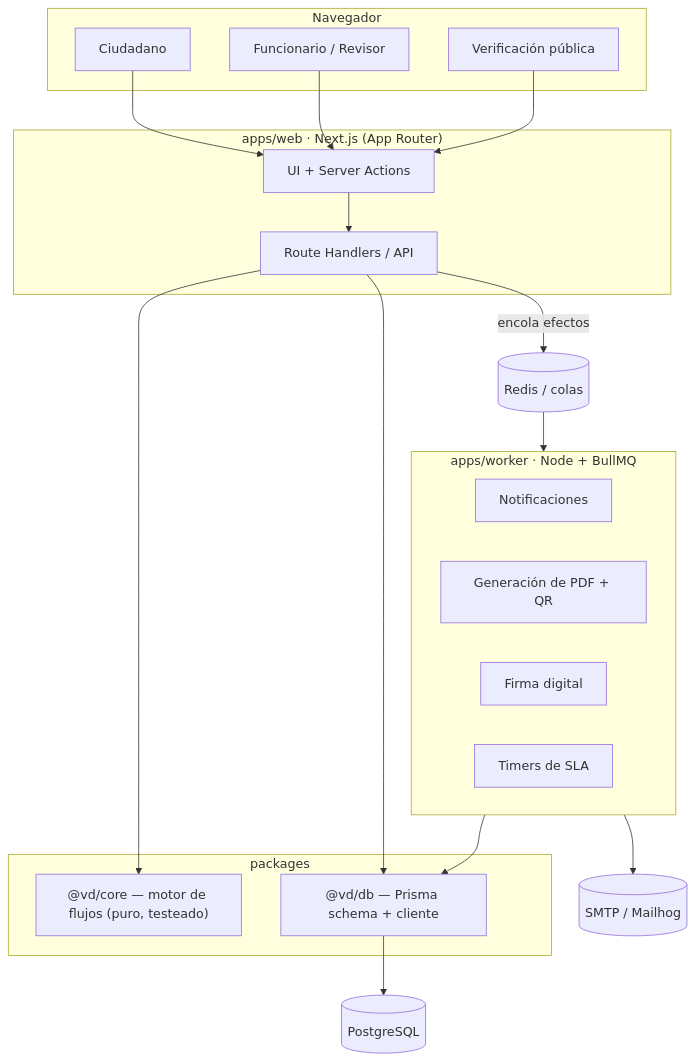
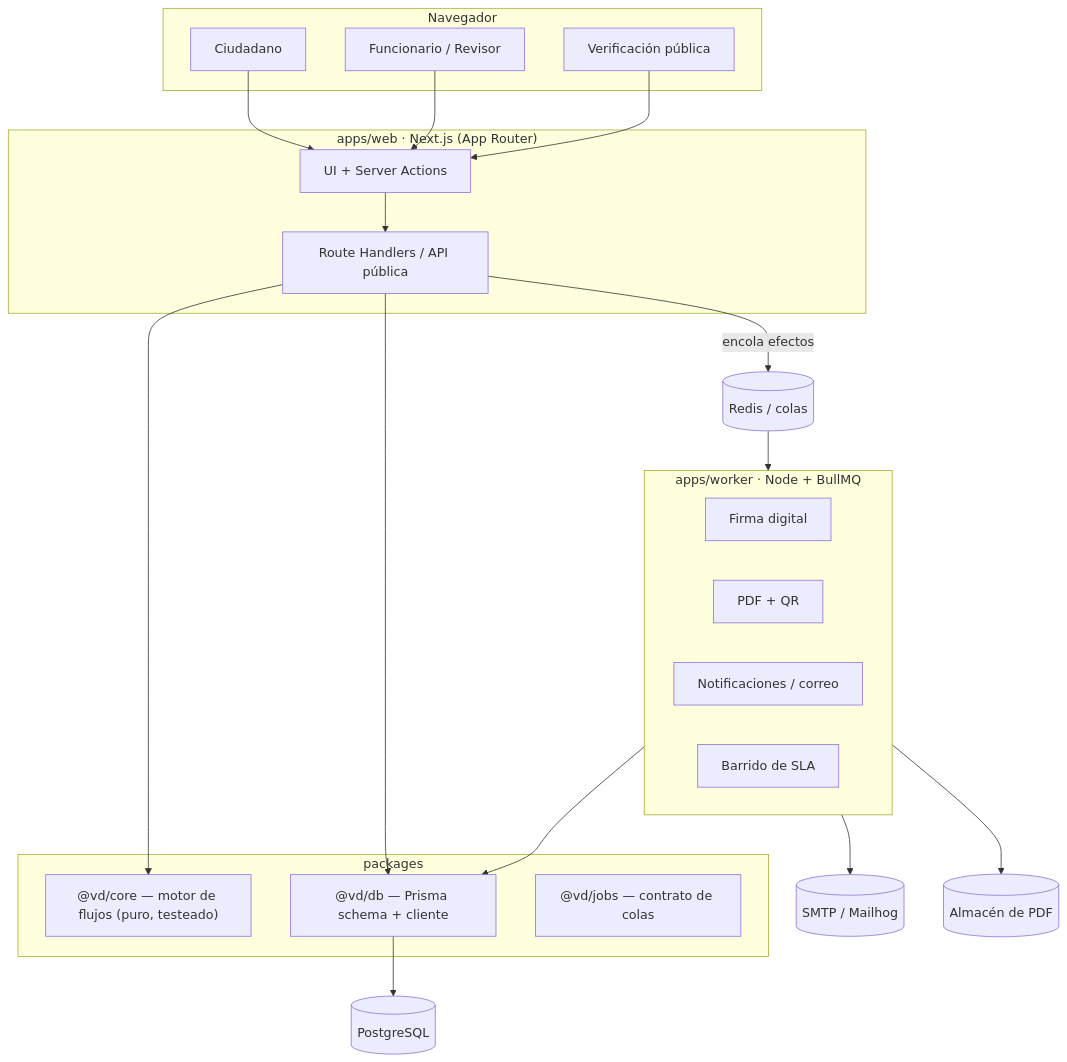
The first of 2 diagrams in README.md (LegalmenteEmanuel/ventanilla-digital), drawn with Mermaid before and after one commit. The commit also changed other lines of this file and 58 other files, not shown here.

First line of the commit message:
feat: app web, worker de efectos, firma digital y verificación

````diff
--- a/README.md
+++ b/README.md
@@ -44,37 +47,40 @@
 ```mermaid
 flowchart TD
     subgraph client[Navegador]
       C[Ciudadano] & F[Funcionario / Revisor] & V[Verificación pública]
     end
 
-    subgraph web["apps/web  ·  Next.js (App Router)"]
+    subgraph web["apps/web · Next.js (App Router)"]
       UI[UI + Server Actions]
-      API[Route Handlers / API]
+      API[Route Handlers / API pública]
     end
 
-    subgraph worker["apps/worker  ·  Node + BullMQ"]
-      N[Notificaciones]
-      P[Generación de PDF + QR]
+    subgraph worker["apps/worker · Node + BullMQ"]
       S[Firma digital]
-      T[Timers de SLA]
+      P[PDF + QR]
+      N[Notificaciones / correo]
+      T[Barrido de SLA]
     end
 
     subgraph pkgs[packages]
       CORE["@vd/core — motor de flujos (puro, testeado)"]
       DB["@vd/db — Prisma schema + cliente"]
+      JOBS["@vd/jobs — contrato de colas"]
     end
 
     PG[(PostgreSQL)]
     RD[(Redis / colas)]
     SMTP[(SMTP / Mailhog)]
+    FS[(Almacén de PDF)]
 
     C & F & V --> UI
     UI --> API
     API --> CORE
     API --> DB
     API -- encola efectos --> RD
     RD --> worker
     worker --> DB
     worker --> SMTP
+    worker --> FS
     DB --> PG
 ```
````
